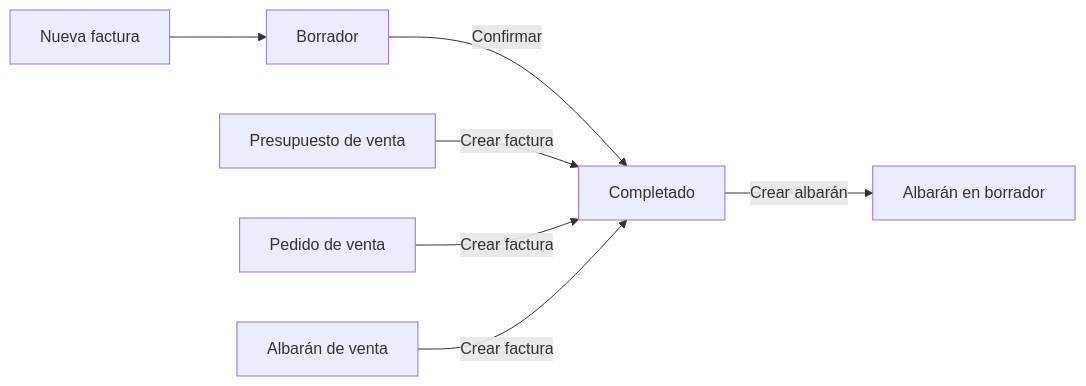
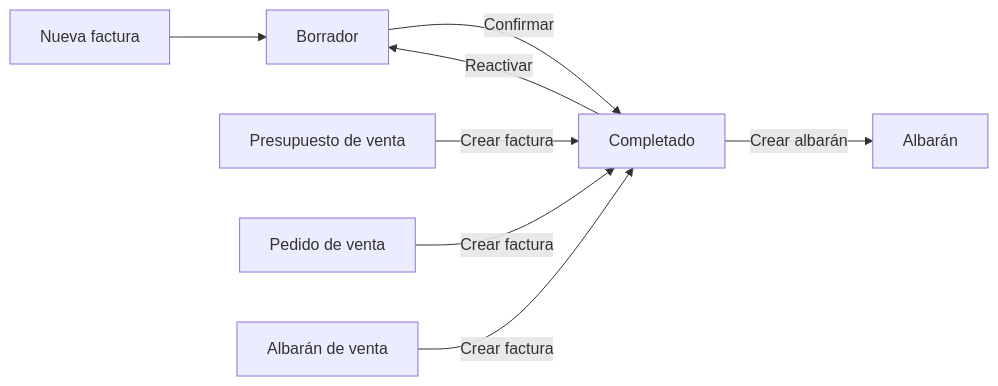
Before and after one commit to etendo-ai/etendo-docs: the diagram in docs/es/comercial/ventas/crear-una-factura-de-venta/crear-una-factura-de-venta.md, drawn with Mermaid. The commit also changed other lines of this file and 25 other files, not shown here.

````diff
--- a/docs/es/comercial/ventas/crear-una-factura-de-venta/crear-una-factura-de-venta.md
+++ b/docs/es/comercial/ventas/crear-una-factura-de-venta/crear-una-factura-de-venta.md
@@ -18,9 +24,10 @@
 ```mermaid
 flowchart LR
   N[Nueva factura] --> B[Borrador]
   B -->|Confirmar| C[Completado]
+  C -->|Reactivar| B
   P[Presupuesto de venta] -->|Crear factura| C
   O[Pedido de venta] -->|Crear factura| C
   A[Albarán de venta] -->|Crear factura| C
-  C -->|Crear albarán| S[Albarán en borrador]
+  C -->|Crear albarán| E[Albarán]
 ```
````
